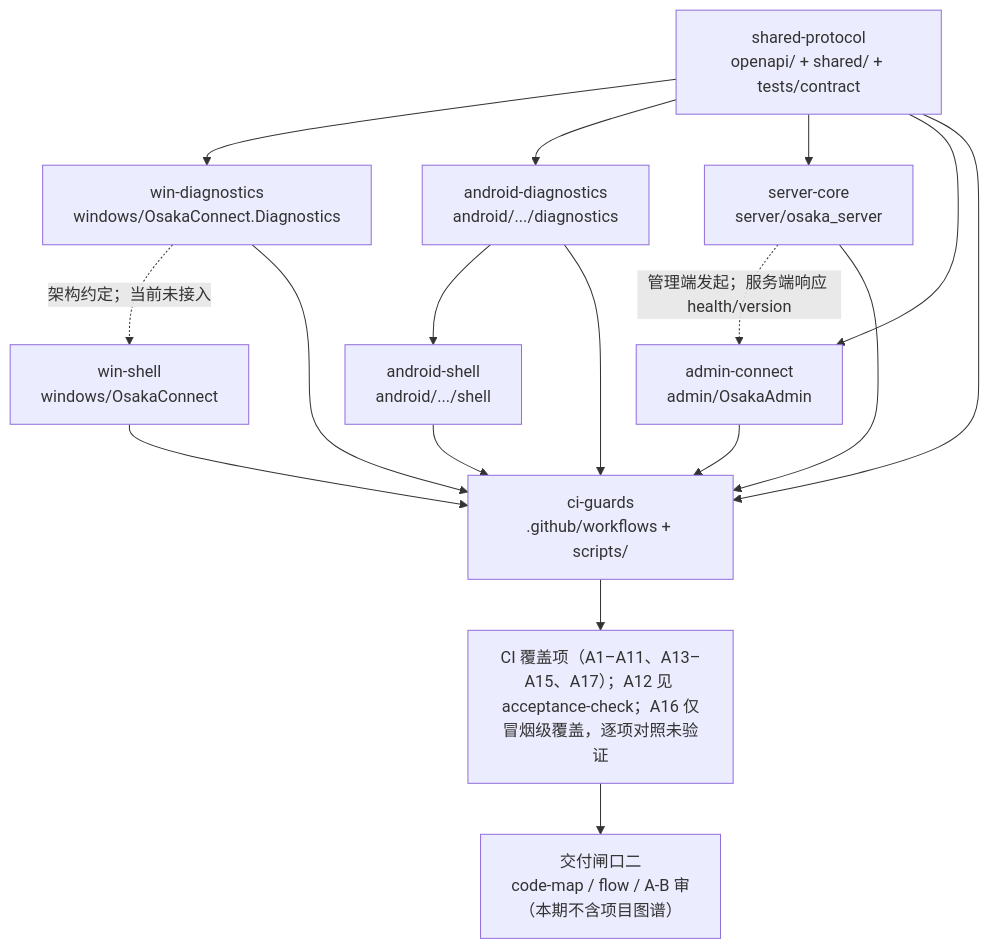
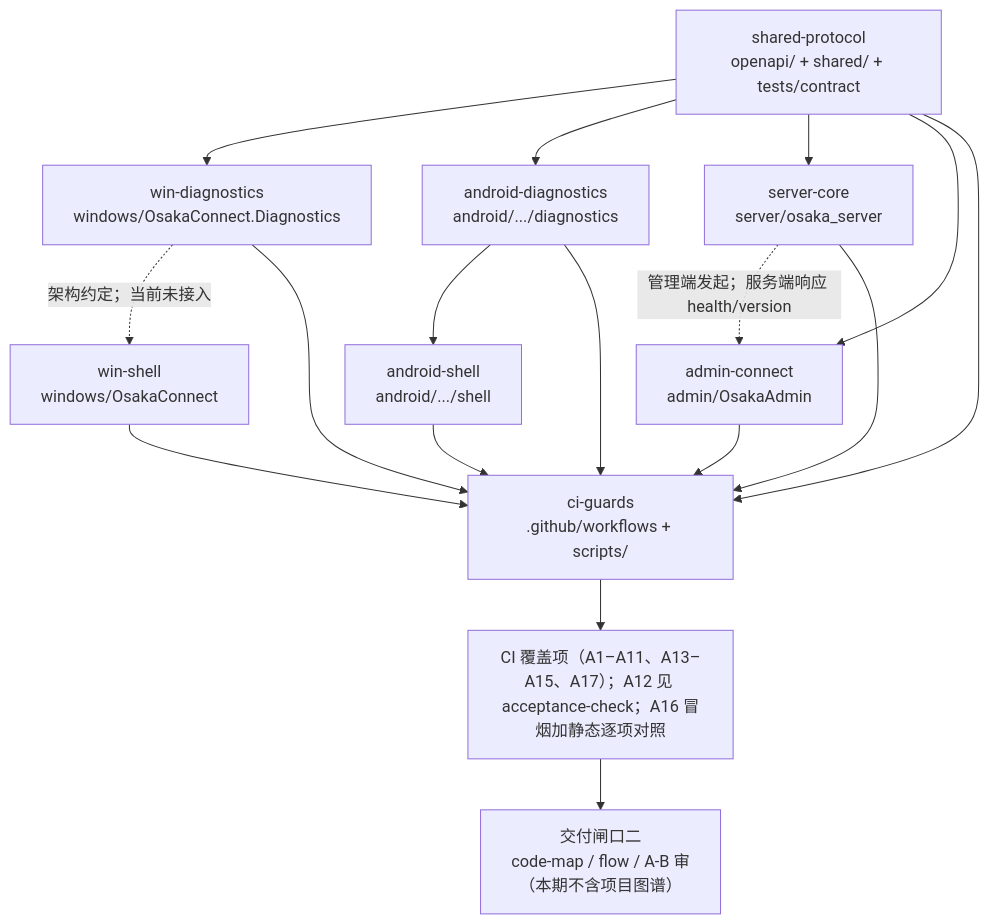
One commit to Yarrow-he/OsakaConnect changed the diagram in docs/delivery/v0.1.0/flow.mmd. Above: the diagram before and after it, drawn with Mermaid. The commit also changed 3 other files, not shown here.

```diff
--- a/docs/delivery/v0.1.0/flow.mmd
+++ b/docs/delivery/v0.1.0/flow.mmd
@@ -1,23 +1,23 @@
 flowchart TD
   shared["shared-protocol<br/>openapi/ + shared/ + tests/contract"]
 
   shared --> winDiag["win-diagnostics<br/>windows/OsakaConnect.Diagnostics"]
   shared --> andDiag["android-diagnostics<br/>android/.../diagnostics"]
   shared --> server["server-core<br/>server/osaka_server"]
   shared --> admin["admin-connect<br/>admin/OsakaAdmin"]
 
   winDiag -.->|"架构约定；当前未接入"| winShell["win-shell<br/>windows/OsakaConnect"]
   andDiag --> andShell["android-shell<br/>android/.../shell"]
 
   server -.->|"管理端发起；服务端响应 health/version"| admin
 
   winDiag --> ci["ci-guards<br/>.github/workflows + scripts/"]
   andDiag --> ci
   winShell --> ci
   andShell --> ci
   server --> ci
   admin --> ci
   shared --> ci
 
-  ci --> accept["CI 覆盖项（A1–A11、A13–A15、A17）；A12 见 acceptance-check；A16 仅冒烟级覆盖，逐项对照未验证"]
+  ci --> accept["CI 覆盖项（A1–A11、A13–A15、A17）；A12 见 acceptance-check；A16 冒烟加静态逐项对照"]
   accept --> delivery["交付闸口二<br/>code-map / flow / A-B 审<br/>（本期不含项目图谱）"]
```
